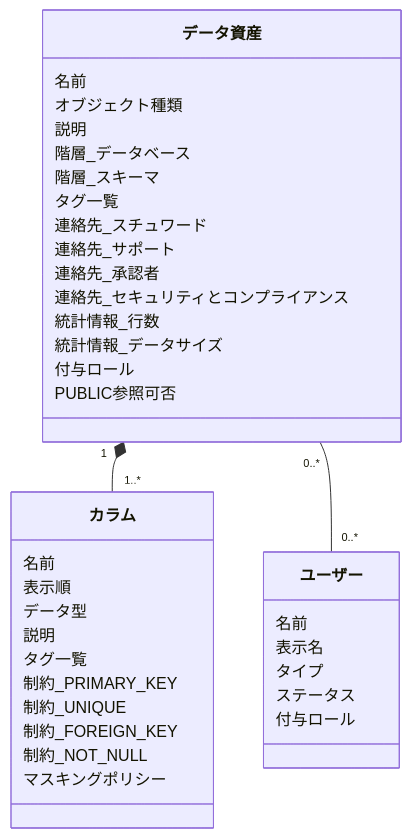
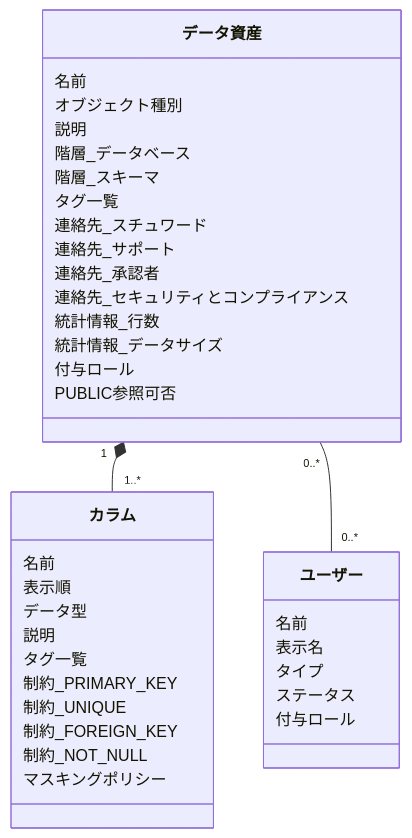
Before and after one commit to goodbyegangster/datacatalog-in-snowflake: the second of 4 diagrams in docs/design-view.md, drawn with Mermaid. The commit also changed other lines of this file and 10 other files, not shown here.

````diff
--- a/docs/design-view.md
+++ b/docs/design-view.md
@@ -76,45 +76,45 @@
 ```mermaid
 classDiagram
 
   class データ資産{
     名前
-    オブジェクト種類
+    オブジェクト種別
     説明
     階層_データベース
     階層_スキーマ
     タグ一覧
     連絡先_スチュワード
     連絡先_サポート
     連絡先_承認者
     連絡先_セキュリティとコンプライアンス
     統計情報_行数
     統計情報_データサイズ
     付与ロール
     PUBLIC参照可否
   }
 
   class カラム{
     名前
     表示順
     データ型
     説明
     タグ一覧
     制約_PRIMARY_KEY
     制約_UNIQUE
     制約_FOREIGN_KEY
     制約_NOT_NULL
     マスキングポリシー
   }
 
   class ユーザー{
     名前
     表示名
     タイプ
     ステータス
     付与ロール
   }
 
   %% 関係
   データ資産 "1" *-- "1..*" カラム
   データ資産 "0..*" -- "0..*" ユーザー
 ```
````
